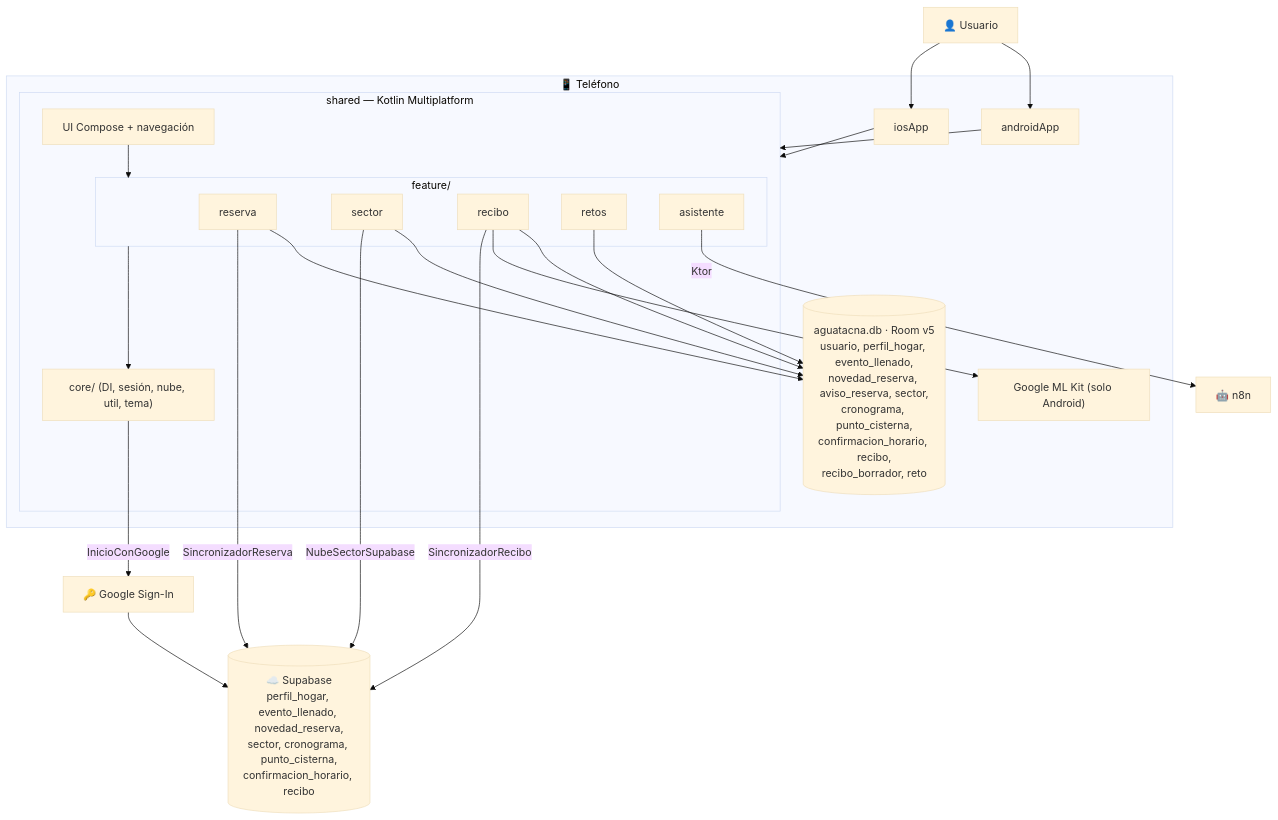
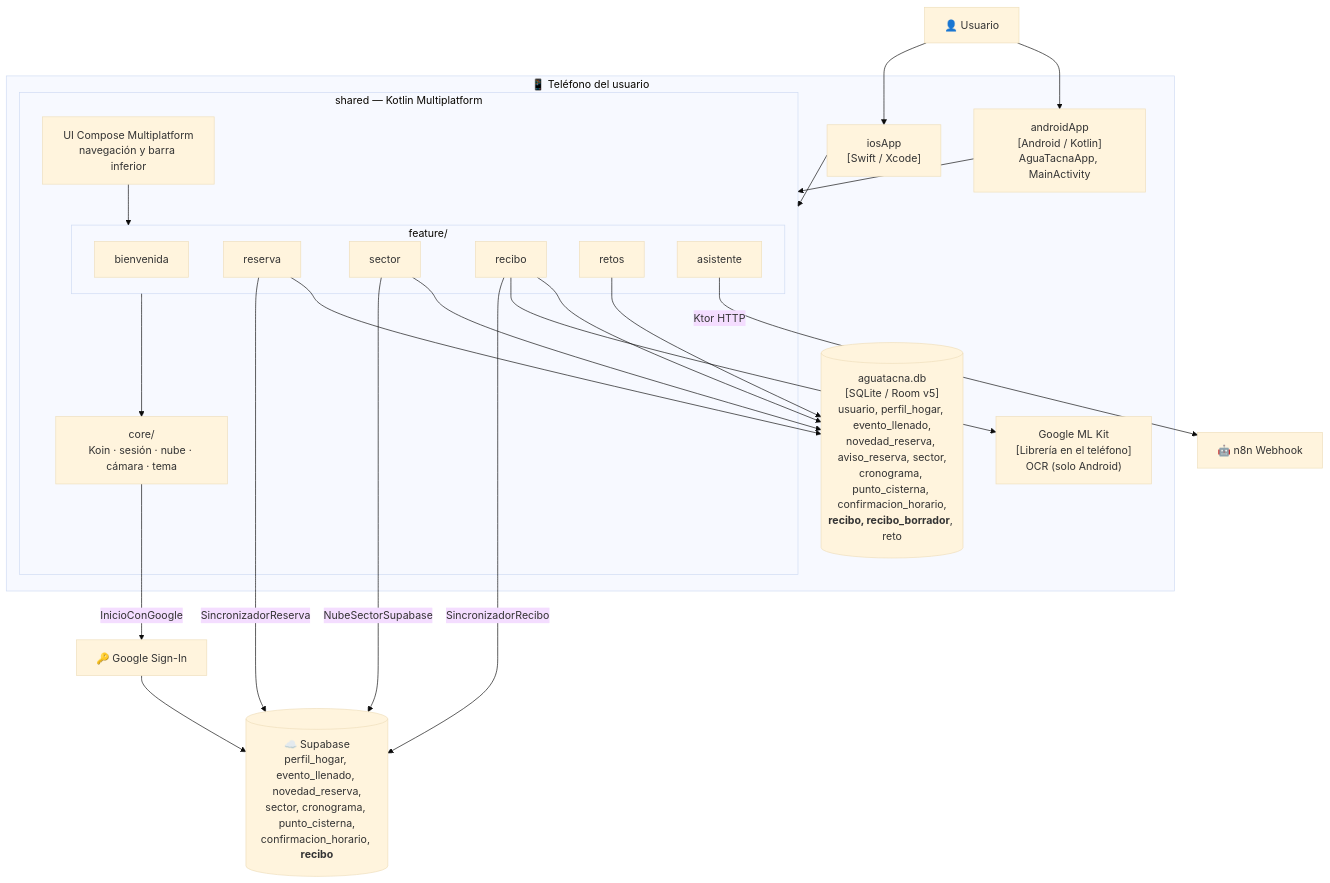
Before and after one commit to IkerASierraR/pruebas_antitodo: the eighth of 10 diagrams in informacionRecibo.md, drawn with Mermaid (base theme). The commit also changed other lines of this file, not shown here.

````diff
--- a/informacionRecibo.md
+++ b/informacionRecibo.md
@@ -515,38 +604,41 @@
 ```mermaid
 flowchart TB
     User["👤 Usuario"]
-    subgraph Dispositivo["📱 Teléfono"]
-        Android["androidApp"]
-        IOS["iosApp"]
+
+    subgraph Telefono["📱 Teléfono del usuario"]
+        Android["androidApp<br/>[Android / Kotlin]<br/>AguaTacnaApp, MainActivity"]
+        IOS["iosApp<br/>[Swift / Xcode]"]
         subgraph Shared["shared — Kotlin Multiplatform"]
-            UI["UI Compose + navegación"]
+            UI["UI Compose Multiplatform<br/>navegación y barra inferior"]
             subgraph Features["feature/"]
+                FBie["bienvenida"]
                 FRes["reserva"]
                 FSec["sector"]
                 FRec["recibo"]
                 FRet["retos"]
                 FAsi["asistente"]
             end
-            Core["core/ (DI, sesión, nube, util, tema)"]
+            Core["core/<br/>Koin · sesión · nube · cámara · tema"]
         end
-        DB[("aguatacna.db · Room v5<br/>usuario, perfil_hogar, evento_llenado,<br/>novedad_reserva, aviso_reserva, sector,<br/>cronograma, punto_cisterna,<br/>confirmacion_horario, recibo,<br/>recibo_borrador, reto")]
-        MLKit["Google ML Kit (solo Android)"]
+        DB[("aguatacna.db<br/>[SQLite / Room v5]<br/>usuario, perfil_hogar, evento_llenado,<br/>novedad_reserva, aviso_reserva, sector,<br/>cronograma, punto_cisterna, confirmacion_horario,<br/><b>recibo, recibo_borrador</b>, reto")]
+        MLKit["Google ML Kit<br/>[Librería en el teléfono]<br/>OCR (solo Android)"]
     end
-    Supa[("☁️ Supabase<br/>perfil_hogar, evento_llenado, novedad_reserva,<br/>sector, cronograma, punto_cisterna,<br/>confirmacion_horario, recibo")]
+
+    Supa[("☁️ Supabase<br/>perfil_hogar, evento_llenado, novedad_reserva,<br/>sector, cronograma, punto_cisterna,<br/>confirmacion_horario, <b>recibo</b>")]
     Google["🔑 Google Sign-In"]
-    N8n["🤖 n8n"]
+    N8n["🤖 n8n Webhook"]
 
     User --> Android & IOS
     Android --> Shared
     IOS --> Shared
     UI --> Features
     Features --> Core
     FRes & FSec & FRec & FRet --> DB
     FRec --> MLKit
     FRes -->|SincronizadorReserva| Supa
     FSec -->|NubeSectorSupabase| Supa
     FRec -->|SincronizadorRecibo| Supa
     Core -->|InicioConGoogle| Google
     Google --> Supa
-    FAsi -->|Ktor| N8n
+    FAsi -->|Ktor HTTP| N8n
 ```
````
